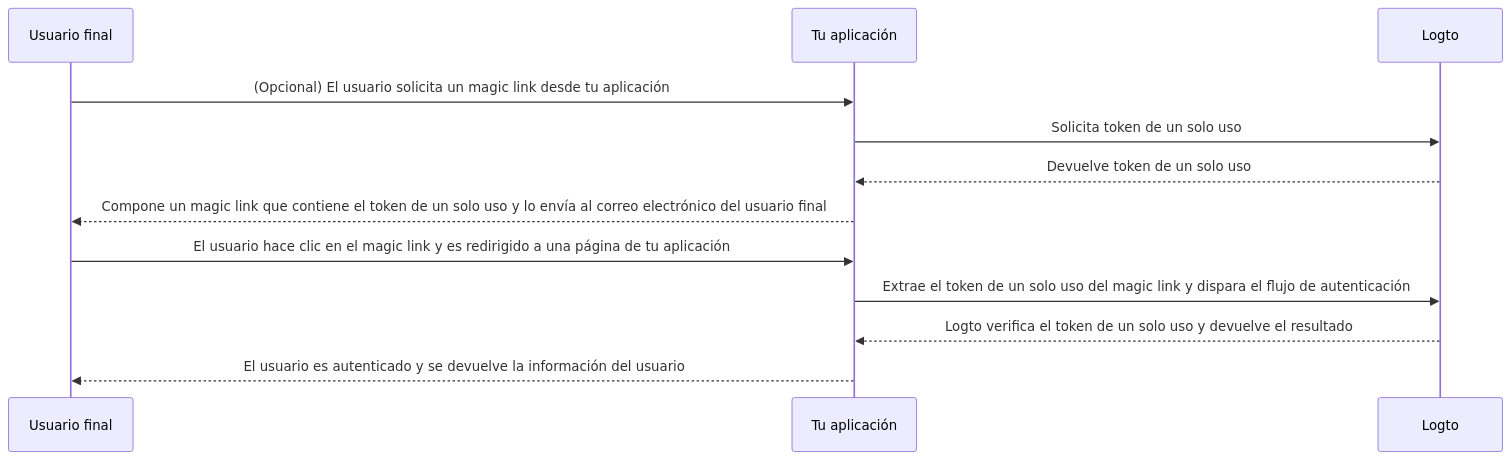
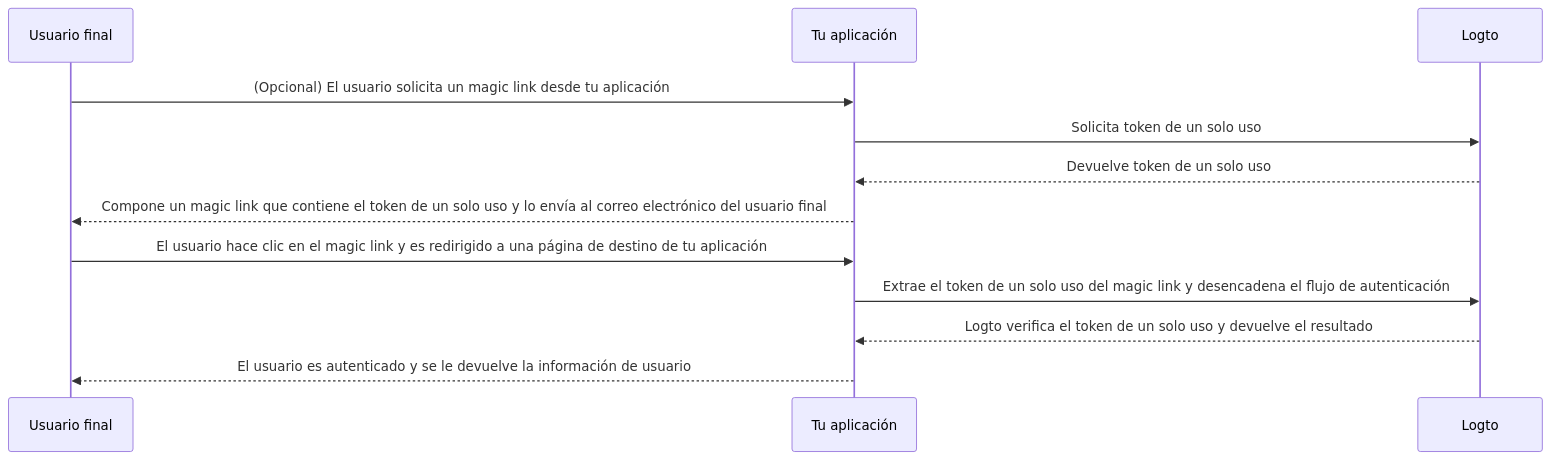
One commit to logto-io/docs changed the diagram in i18n/es/docusaurus-plugin-content-docs/current/end-user-flows/one-time-token.mdx. Above: the diagram before and after it, drawn with Mermaid. The commit also changed other lines of this file and 37 other files, not shown here.

````diff
--- a/i18n/es/docusaurus-plugin-content-docs/current/end-user-flows/one-time-token.mdx
+++ b/i18n/es/docusaurus-plugin-content-docs/current/end-user-flows/one-time-token.mdx
@@ -24,15 +40,15 @@
 ```mermaid
 sequenceDiagram
   participant U as Usuario final
   participant C as Tu aplicación
   participant L as Logto
 
   U ->> C: (Opcional) El usuario solicita un magic link desde tu aplicación
   C ->> L: Solicita token de un solo uso
   L -->> C: Devuelve token de un solo uso
   C -->> U: Compone un magic link que contiene el token de un solo uso y lo envía al correo electrónico del usuario final
-  U ->> C: El usuario hace clic en el magic link y es redirigido a una página de tu aplicación
-  C ->> L: Extrae el token de un solo uso del magic link y dispara el flujo de autenticación
+  U ->> C: El usuario hace clic en el magic link y es redirigido a una página de destino de tu aplicación
+  C ->> L: Extrae el token de un solo uso del magic link y desencadena el flujo de autenticación
   L -->> C: Logto verifica el token de un solo uso y devuelve el resultado
-  C -->> U: El usuario es autenticado y se devuelve la información del usuario
+  C -->> U: El usuario es autenticado y se le devuelve la información de usuario
 ```
````
